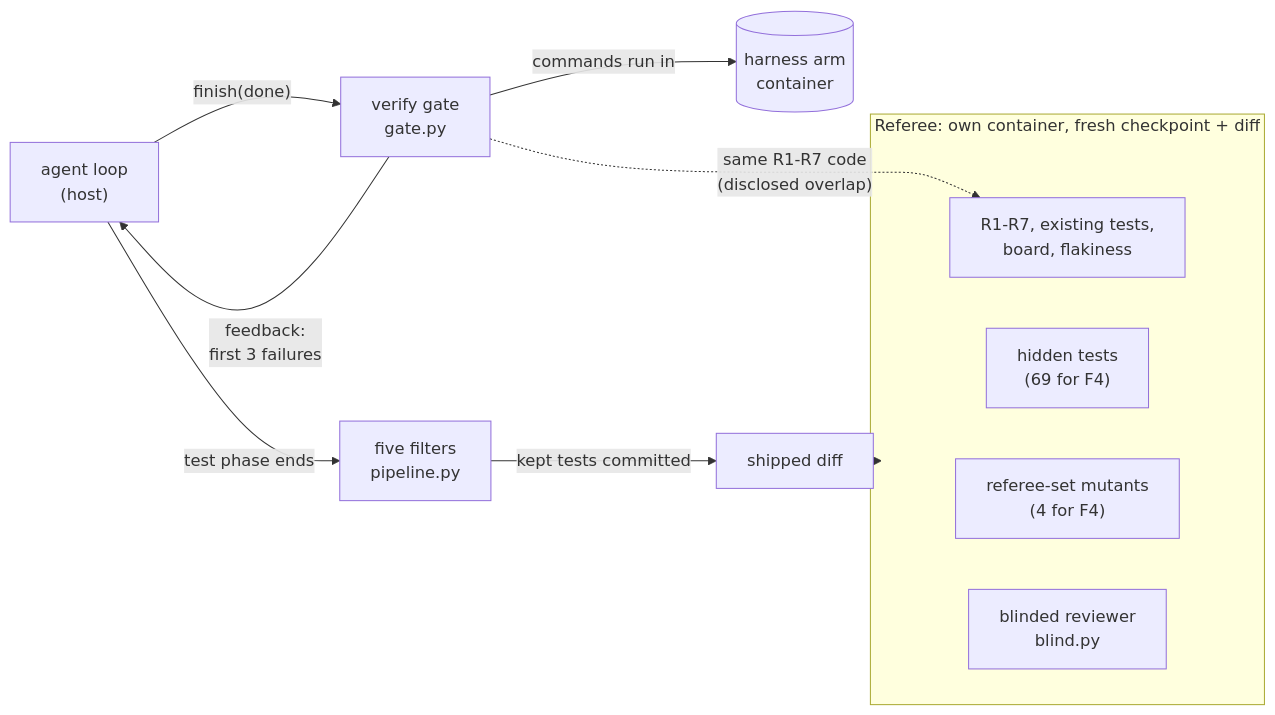
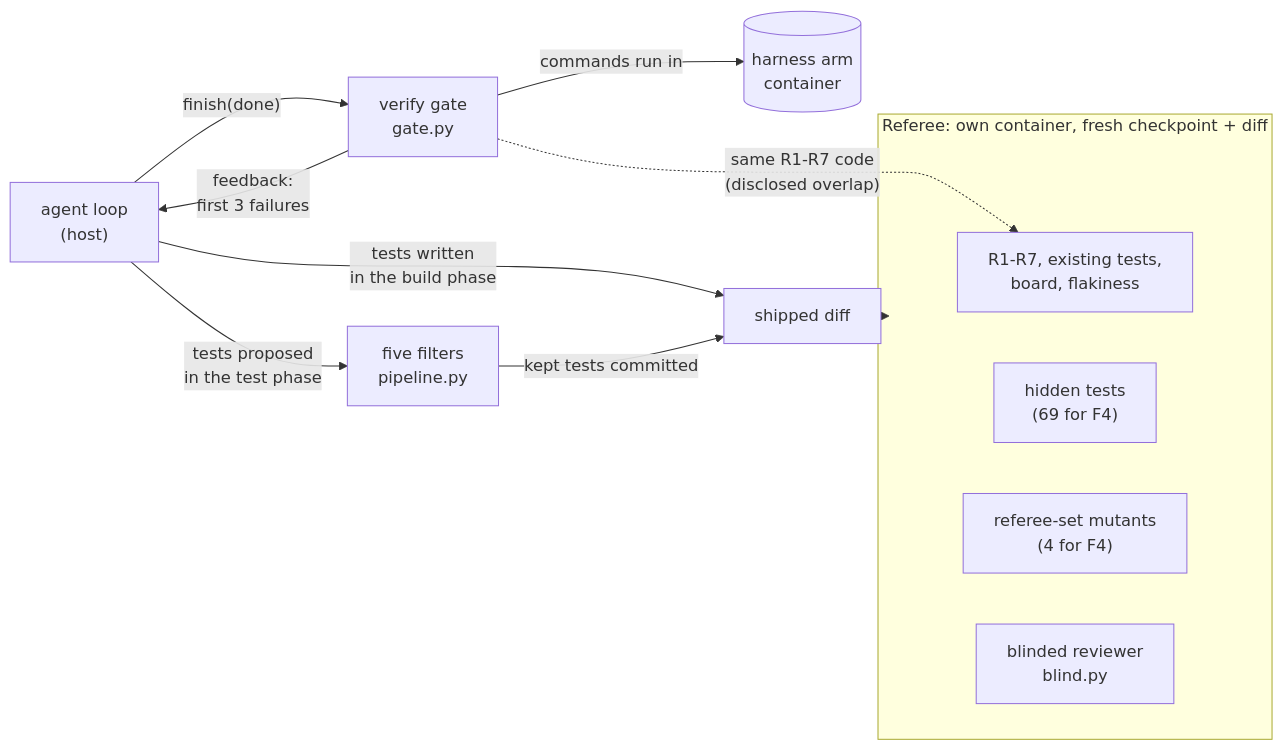
The first of 2 diagrams in submodules/04-verification/concepts.md (ANI-IN/shipharness-dev), drawn with Mermaid before and after one commit. The commit also changed other lines of this file and 19 other files, not shown here.

First line of the commit message:
04-verification: content-audit fixes (private references, run numbering, F4 test-phase claim)

````diff
--- a/submodules/04-verification/concepts.md
+++ b/submodules/04-verification/concepts.md
@@ -280,16 +221,17 @@
 ```mermaid
 flowchart LR
   A["agent loop<br/>(host)"] -- "finish(done)" --> G["verify gate<br/>gate.py"]
   G -- "commands run in" --> AC[("harness arm<br/>container")]
   G -- "feedback:<br/>first 3 failures" --> A
-  A -- "test phase ends" --> F["five filters<br/>pipeline.py"]
-  F -- "kept tests committed" --> D["shipped diff"]
+  A -- "tests written<br/>in the build phase" --> D["shipped diff"]
+  A -- "tests proposed<br/>in the test phase" --> F["five filters<br/>pipeline.py"]
+  F -- "kept tests committed" --> D
   D --> REF
   subgraph REF["Referee: own container, fresh checkpoint + diff"]
     C["R1-R7, existing tests,<br/>board, flakiness"]
     H["hidden tests<br/>(69 for F4)"]
     M["referee-set mutants<br/>(4 for F4)"]
     RV["blinded reviewer<br/>blind.py"]
   end
   G -.->|"same R1-R7 code<br/>(disclosed overlap)"| C
 ```
````
